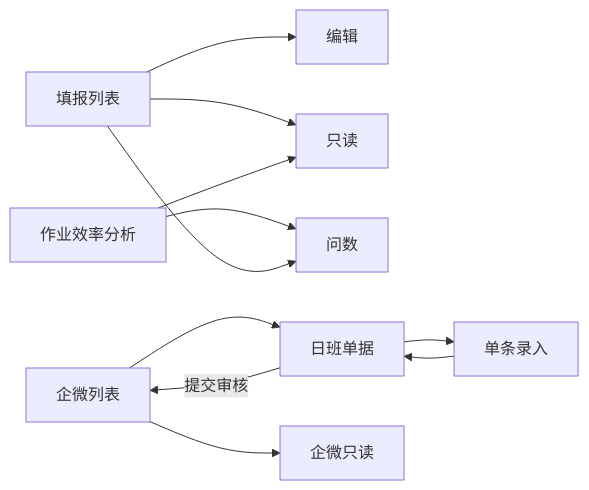
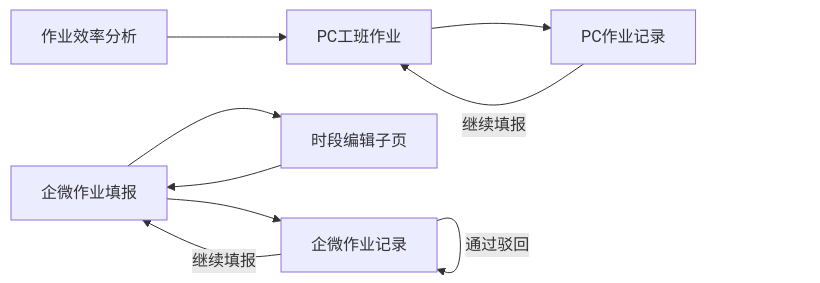
Before and after one commit to liaoliao66/TOS: the ninth of 9 diagrams in docs/versions/v1.0.0/prd.md, drawn with Mermaid. The commit also changed other lines of this file and 13 other files, not shown here.

````diff
--- a/docs/versions/v1.0.0/prd.md
+++ b/docs/versions/v1.0.0/prd.md
@@ -748,13 +841,11 @@
 ```mermaid
 flowchart LR
-    L[填报列表] --> E[编辑]
-    L --> V[只读]
-    EF[作业效率分析] --> V
-    EF --> A[问数]
-    L --> A
-    WXL[企微列表] --> WXD[日班单据]
-    WXD --> WXLN[单条录入]
-    WXLN --> WXD
-    WXD -->|提交审核| WXL
-    WXL --> WXV[企微只读]
+    WXE[企微作业填报] --> WXR[企微作业记录]
+    WXE --> WXL[时段编辑子页]
+    WXL --> WXE
+    WXR -->|继续填报| WXE
+    WXR -->|通过驳回| WXR
+    PCE[PC工班作业] --> PCR[PC作业记录]
+    PCR -->|继续填报| PCE
+    EF[作业效率分析] --> PCE
 ```
````
